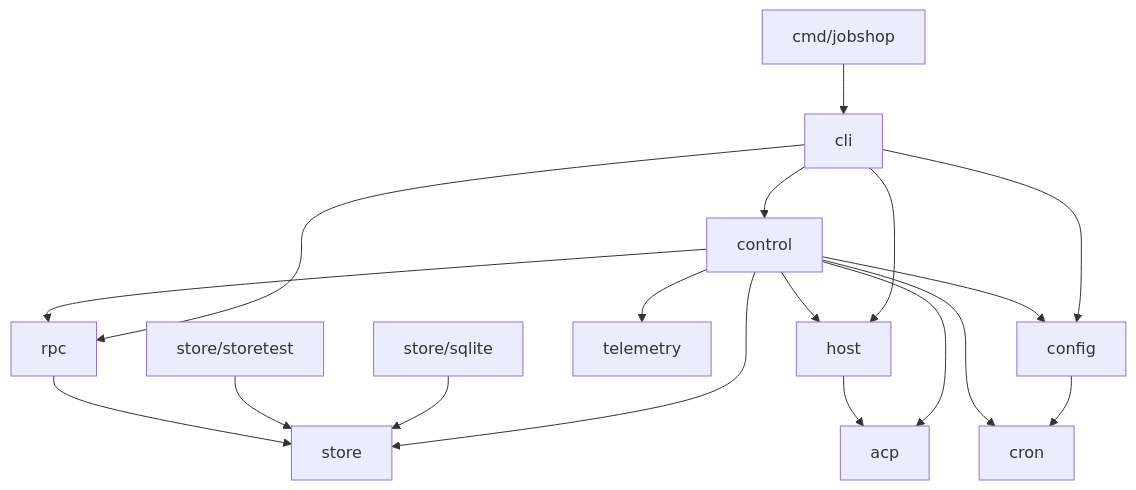
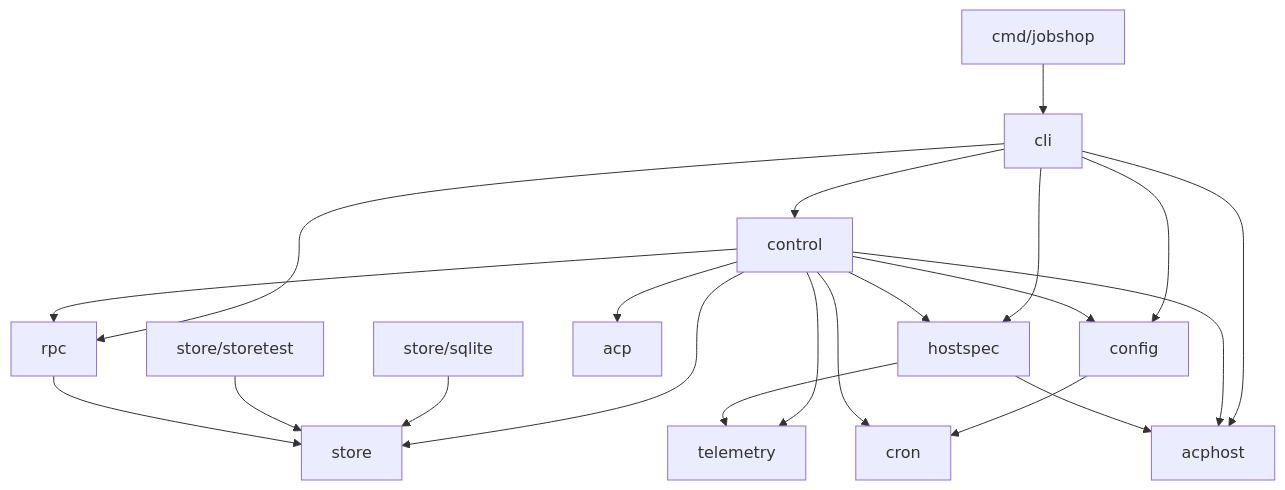
The diagram in docs/layout.md (elee1766/jobshop), drawn with Mermaid before and after one commit. The commit also changed other lines of this file and 31 other files, not shown here.

Commit message:
Replace pkg/host with github.com/elee1766/acphost v0.1.0 (#256)

````diff
--- a/docs/layout.md
+++ b/docs/layout.md
@@ -62,12 +62,12 @@
 ```mermaid
 flowchart TD
   cmd[cmd/jobshop] --> cli
-  cli --> control & host
+  cli --> control & acphost & hostspec
   cli --> rpc & config
   config --> cron
-  control --> store & rpc & config & telemetry & acp & host & cron
-  host --> acp
+  control --> store & rpc & config & telemetry & acp & acphost & hostspec & cron
+  hostspec --> acphost & telemetry
   sqlite[store/sqlite] --> store
   storetest[store/storetest] --> store
   rpc --> store
 ```
````
